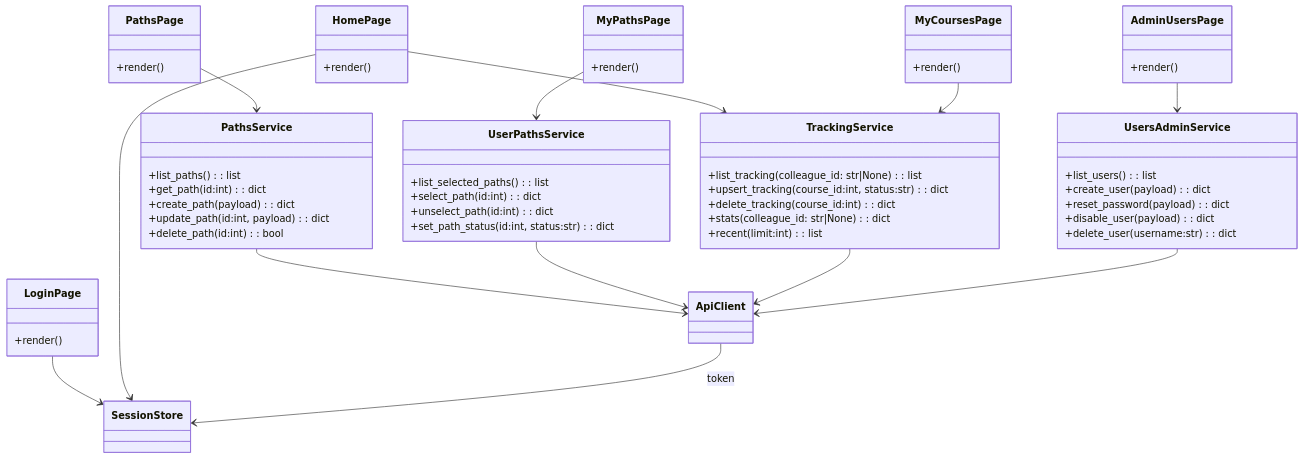
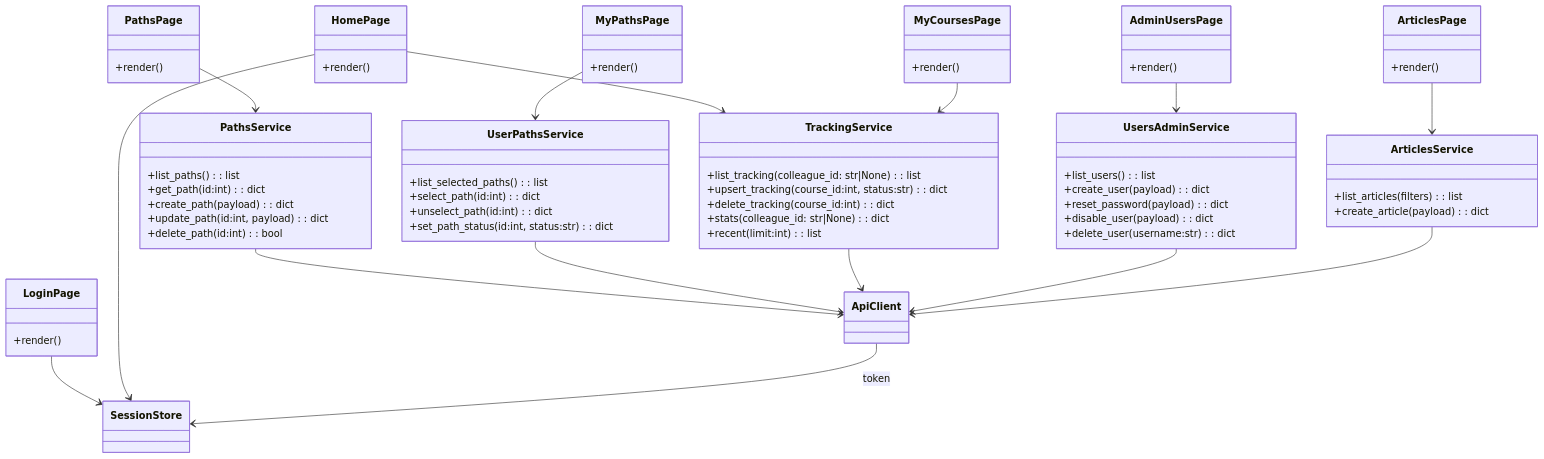
One commit to JustinMelger/Upstream changed the third of 3 diagrams in docs/architecture_frontend.md. Above: the diagram before and after it, drawn with Mermaid. The commit also changed other lines of this file and 28 other files, not shown here.

````diff
--- a/docs/architecture_frontend.md
+++ b/docs/architecture_frontend.md
@@ -204,54 +224,62 @@
 ```mermaid
 classDiagram
   class PathsService {
     +list_paths(): list
     +get_path(id:int): dict
     +create_path(payload): dict
     +update_path(id:int, payload): dict
     +delete_path(id:int): bool
   }
 
   class UserPathsService {
     +list_selected_paths(): list
     +select_path(id:int): dict
     +unselect_path(id:int): dict
     +set_path_status(id:int, status:str): dict
   }
 
   class TrackingService {
     +list_tracking(colleague_id: str|None): list
     +upsert_tracking(course_id:int, status:str): dict
     +delete_tracking(course_id:int): dict
     +stats(colleague_id: str|None): dict
     +recent(limit:int): list
   }
 
   class UsersAdminService {
     +list_users(): list
     +create_user(payload): dict
     +reset_password(payload): dict
     +disable_user(payload): dict
     +delete_user(username:str): dict
   }
 
+  class ArticlesService {
+    +list_articles(filters): list
+    +create_article(payload): dict
+  }
+
   class LoginPage { +render() }
   class HomePage { +render() }
   class PathsPage { +render() }
   class MyPathsPage { +render() }
   class MyCoursesPage { +render() }
+  class ArticlesPage { +render() }
   class AdminUsersPage { +render() }
 
   LoginPage --> SessionStore
   HomePage --> SessionStore
   HomePage --> TrackingService
   PathsPage --> PathsService
   MyPathsPage --> UserPathsService
   MyCoursesPage --> TrackingService
+  ArticlesPage --> ArticlesService
   AdminUsersPage --> UsersAdminService
 
   PathsService --> ApiClient
   UserPathsService --> ApiClient
   TrackingService --> ApiClient
   UsersAdminService --> ApiClient
+  ArticlesService --> ApiClient
   ApiClient --> SessionStore : token
 ```
````
